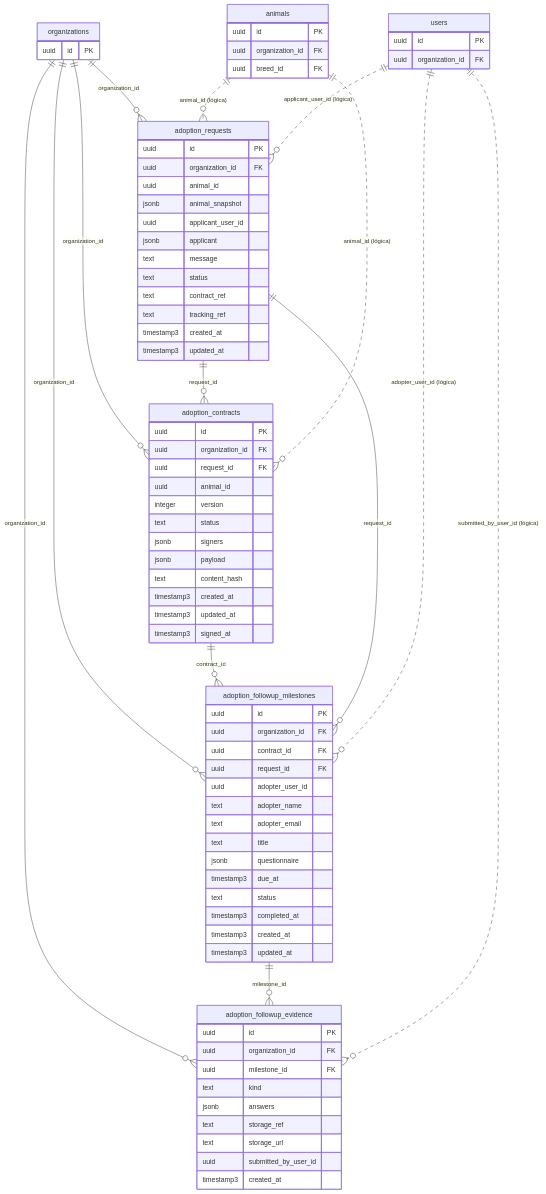
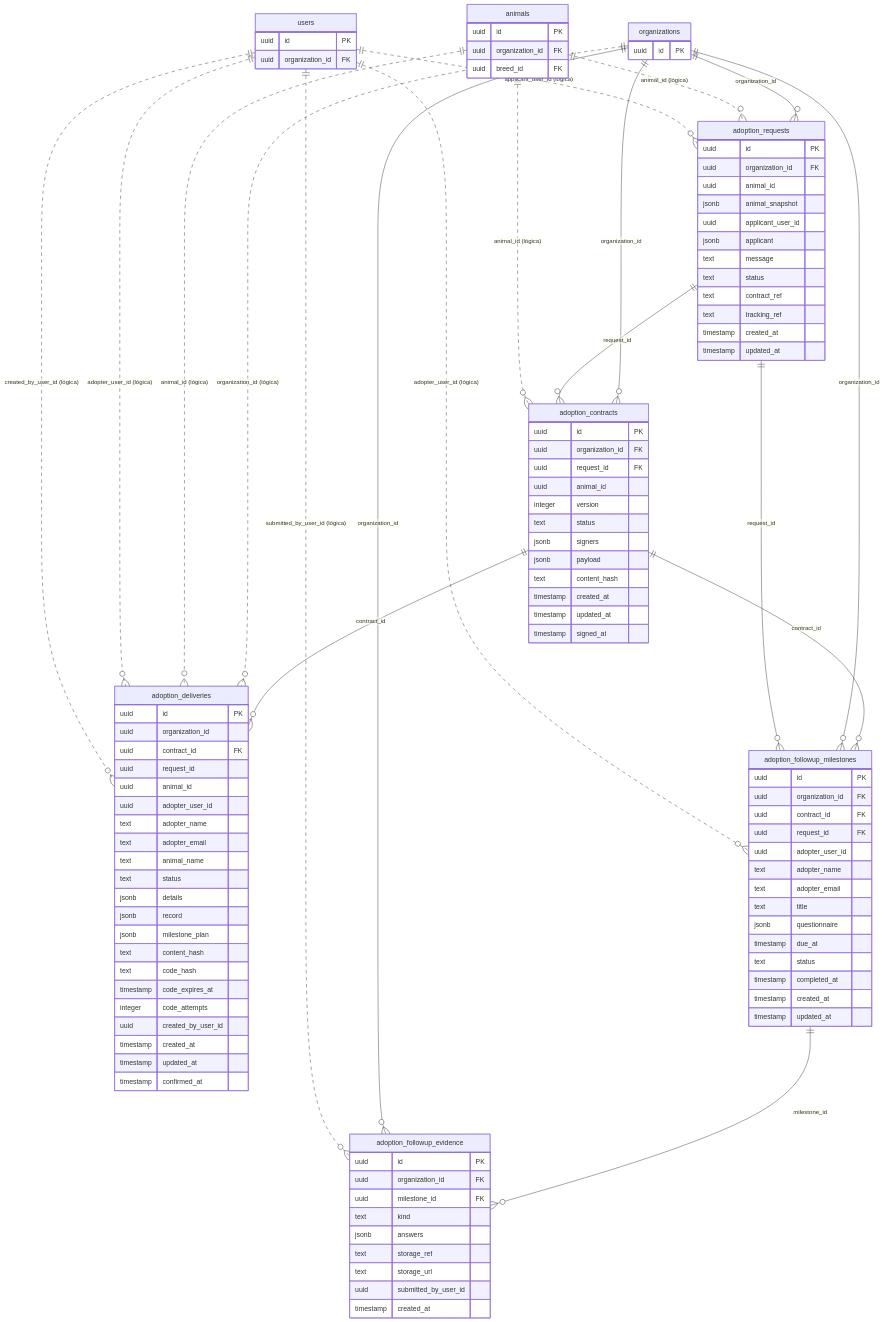
Before and after one commit to AGamez10/AdoptaFacil: the diagram in docs/diccionario-datos/mer/mer-adoptions.mmd, drawn with Mermaid. The commit also changed 105 other files, not shown here.

```diff
--- a/docs/diccionario-datos/mer/mer-adoptions.mmd
+++ b/docs/diccionario-datos/mer/mer-adoptions.mmd
@@ -1,81 +1,109 @@
 erDiagram
+  adoption_contracts {
+    uuid id PK
+    uuid organization_id FK
+    uuid request_id FK
+    uuid animal_id
+    integer version
+    text status
+    jsonb signers
+    jsonb payload
+    text content_hash
+    timestamp created_at
+    timestamp updated_at
+    timestamp signed_at
+  }
+  adoption_deliveries {
+    uuid id PK
+    uuid organization_id
+    uuid contract_id FK
+    uuid request_id
+    uuid animal_id
+    uuid adopter_user_id
+    text adopter_name
+    text adopter_email
+    text animal_name
+    text status
+    jsonb details
+    jsonb record
+    jsonb milestone_plan
+    text content_hash
+    text code_hash
+    timestamp code_expires_at
+    integer code_attempts
+    uuid created_by_user_id
+    timestamp created_at
+    timestamp updated_at
+    timestamp confirmed_at
+  }
+  adoption_followup_evidence {
+    uuid id PK
+    uuid organization_id FK
+    uuid milestone_id FK
+    text kind
+    jsonb answers
+    text storage_ref
+    text storage_url
+    uuid submitted_by_user_id
+    timestamp created_at
+  }
+  adoption_followup_milestones {
+    uuid id PK
+    uuid organization_id FK
+    uuid contract_id FK
+    uuid request_id FK
+    uuid adopter_user_id
+    text adopter_name
+    text adopter_email
+    text title
+    jsonb questionnaire
+    timestamp due_at
+    text status
+    timestamp completed_at
+    timestamp created_at
+    timestamp updated_at
+  }
   adoption_requests {
     uuid id PK
     uuid organization_id FK
     uuid animal_id
     jsonb animal_snapshot
     uuid applicant_user_id
     jsonb applicant
     text message
     text status
     text contract_ref
     text tracking_ref
-    timestamp3 created_at
-    timestamp3 updated_at
-  }
-  adoption_contracts {
-    uuid id PK
-    uuid organization_id FK
-    uuid request_id FK
-    uuid animal_id
-    integer version
-    text status
-    jsonb signers
-    jsonb payload
-    text content_hash
-    timestamp3 created_at
-    timestamp3 updated_at
-    timestamp3 signed_at
-  }
-  adoption_followup_milestones {
-    uuid id PK
-    uuid organization_id FK
-    uuid contract_id FK
-    uuid request_id FK
-    uuid adopter_user_id
-    text adopter_name
-    text adopter_email
-    text title
-    jsonb questionnaire
-    timestamp3 due_at
-    text status
-    timestamp3 completed_at
-    timestamp3 created_at
-    timestamp3 updated_at
-  }
-  adoption_followup_evidence {
-    uuid id PK
-    uuid organization_id FK
-    uuid milestone_id FK
-    text kind
-    jsonb answers
-    text storage_ref
-    text storage_url
-    uuid submitted_by_user_id
-    timestamp3 created_at
-  }
-  organizations {
-    uuid id PK
+    timestamp created_at
+    timestamp updated_at
   }
   animals {
     uuid id PK
     uuid organization_id FK
     uuid breed_id FK
   }
+  organizations {
+    uuid id PK
+  }
   users {
     uuid id PK
     uuid organization_id FK
   }
-  organizations ||--o{ adoption_requests : "organization_id"
   organizations ||--o{ adoption_contracts : "organization_id"
   adoption_requests ||--o{ adoption_contracts : "request_id"
+  adoption_contracts ||--o{ adoption_deliveries : "contract_id"
+  adoption_followup_milestones ||--o{ adoption_followup_evidence : "milestone_id"
+  organizations ||--o{ adoption_followup_evidence : "organization_id"
+  adoption_contracts ||--o{ adoption_followup_milestones : "contract_id"
   organizations ||--o{ adoption_followup_milestones : "organization_id"
-  adoption_contracts ||--o{ adoption_followup_milestones : "contract_id"
   adoption_requests ||--o{ adoption_followup_milestones : "request_id"
-  organizations ||--o{ adoption_followup_evidence : "organization_id"
-  adoption_followup_milestones ||--o{ adoption_followup_evidence : "milestone_id"
+  organizations ||--o{ adoption_requests : "organization_id"
+  animals ||..o{ adoption_contracts : "animal_id (lógica)"
+  organizations ||..o{ adoption_deliveries : "organization_id (lógica)"
+  animals ||..o{ adoption_deliveries : "animal_id (lógica)"
+  users ||..o{ adoption_deliveries : "adopter_user_id (lógica)"
+  users ||..o{ adoption_deliveries : "created_by_user_id (lógica)"
+  users ||..o{ adoption_followup_evidence : "submitted_by_user_id (lógica)"
+  users ||..o{ adoption_followup_milestones : "adopter_user_id (lógica)"
   animals ||..o{ adoption_requests : "animal_id (lógica)"
-  animals ||..o{ adoption_contracts : "animal_id (lógica)"
   users ||..o{ adoption_requests : "applicant_user_id (lógica)"
-  users ||..o{ adoption_followup_milestones : "adopter_user_id (lógica)"
-  users ||..o{ adoption_followup_evidence : "submitted_by_user_id (lógica)"
```
